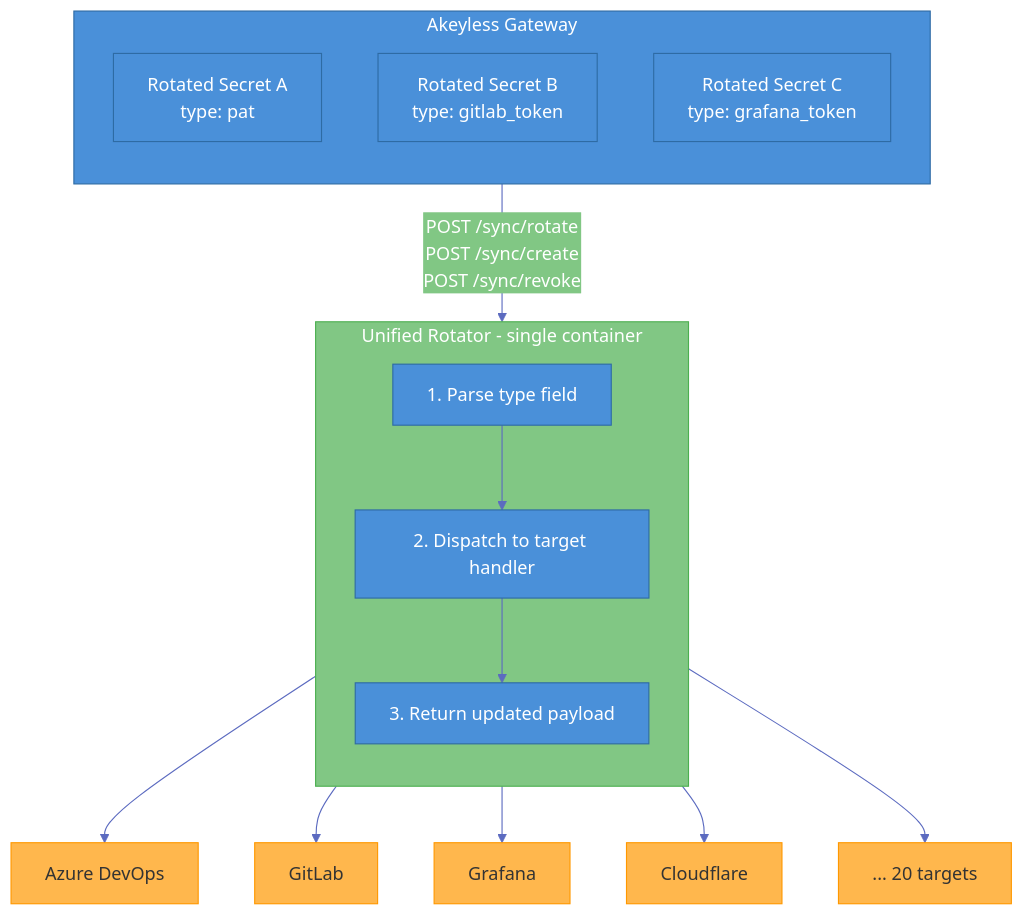
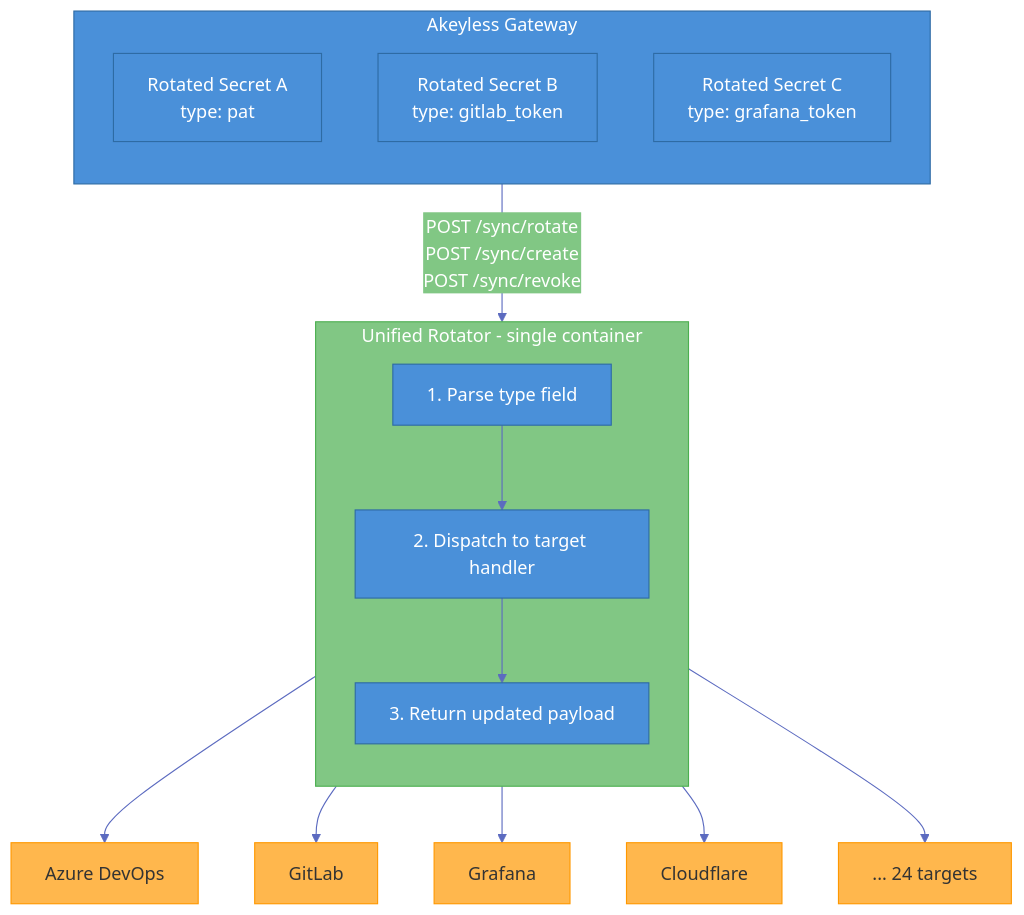
Before and after one commit to Fahmy-Kadiri-akl/custom-producer: the diagram in README.md, drawn with Mermaid. The commit also changed other lines of this file and 8 other files, not shown here.

First line of the commit message:
Add Microsoft Graph app client secret rotation target (#2)

````diff
--- a/README.md
+++ b/README.md
@@ -52,34 +52,34 @@
 ```mermaid
 %%{init: {'theme': 'base', 'themeVariables': {'primaryColor': '#4A90D9', 'primaryTextColor': '#fff', 'primaryBorderColor': '#2E6BA4', 'lineColor': '#5C6BC0', 'secondaryColor': '#81C784', 'tertiaryColor': '#FFB74D', 'noteTextColor': '#333', 'noteBkgColor': '#FFF9C4'}}}%%
 flowchart TB
     subgraph GW["Akeyless Gateway"]
         direction TB
         SA["Rotated Secret A\ntype: pat"]
         SB["Rotated Secret B\ntype: gitlab_token"]
         SC["Rotated Secret C\ntype: grafana_token"]
     end
 
     GW -- "POST /sync/rotate\nPOST /sync/create\nPOST /sync/revoke" --> R
 
     subgraph R["Unified Rotator - single container"]
         direction TB
         P["1. Parse type field"]
         D["2. Dispatch to target handler"]
         U["3. Return updated payload"]
         P --> D --> U
     end
 
     R --> T1["Azure DevOps"]
     R --> T2["GitLab"]
     R --> T3["Grafana"]
     R --> T4["Cloudflare"]
-    R --> T5["... 20 targets"]
+    R --> T5["... 24 targets"]
 
     style GW fill:#4A90D9,stroke:#2E6BA4,color:#fff
     style R fill:#81C784,stroke:#4CAF50,color:#fff
     style T1 fill:#FFB74D,stroke:#FF9800,color:#333
     style T2 fill:#FFB74D,stroke:#FF9800,color:#333
     style T3 fill:#FFB74D,stroke:#FF9800,color:#333
     style T4 fill:#FFB74D,stroke:#FF9800,color:#333
     style T5 fill:#FFB74D,stroke:#FF9800,color:#333
 ```
````
